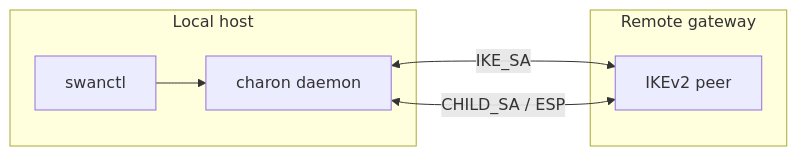
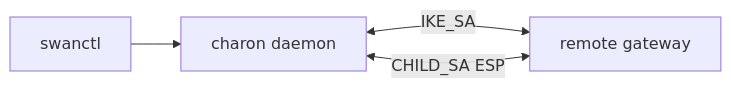
One commit to roto31/Tunnel-Monitor---Universal changed the first of 4 diagrams in docs/vpn-solutions/ipsec-ikev2.md. Above: the diagram before and after it, drawn with Mermaid. The commit also changed other lines of this file and 22 other files, not shown here.

````diff
--- a/docs/vpn-solutions/ipsec-ikev2.md
+++ b/docs/vpn-solutions/ipsec-ikev2.md
@@ -26,13 +24,6 @@
 ```mermaid
 flowchart LR
-    subgraph local [Local host]
-        CHARON[charon daemon]
-        SW[swanctl]
-        SW --> CHARON
-    end
-    subgraph remote [Remote gateway]
-        RGW[IKEv2 peer]
-    end
-    CHARON <-->|IKE_SA| RGW
-    CHARON <-->|CHILD_SA / ESP| RGW
+    SW[swanctl] --> CH[charon daemon]
+    CH <-->|IKE_SA| PEER[remote gateway]
+    CH <-->|CHILD_SA ESP| PEER
 ```
````
